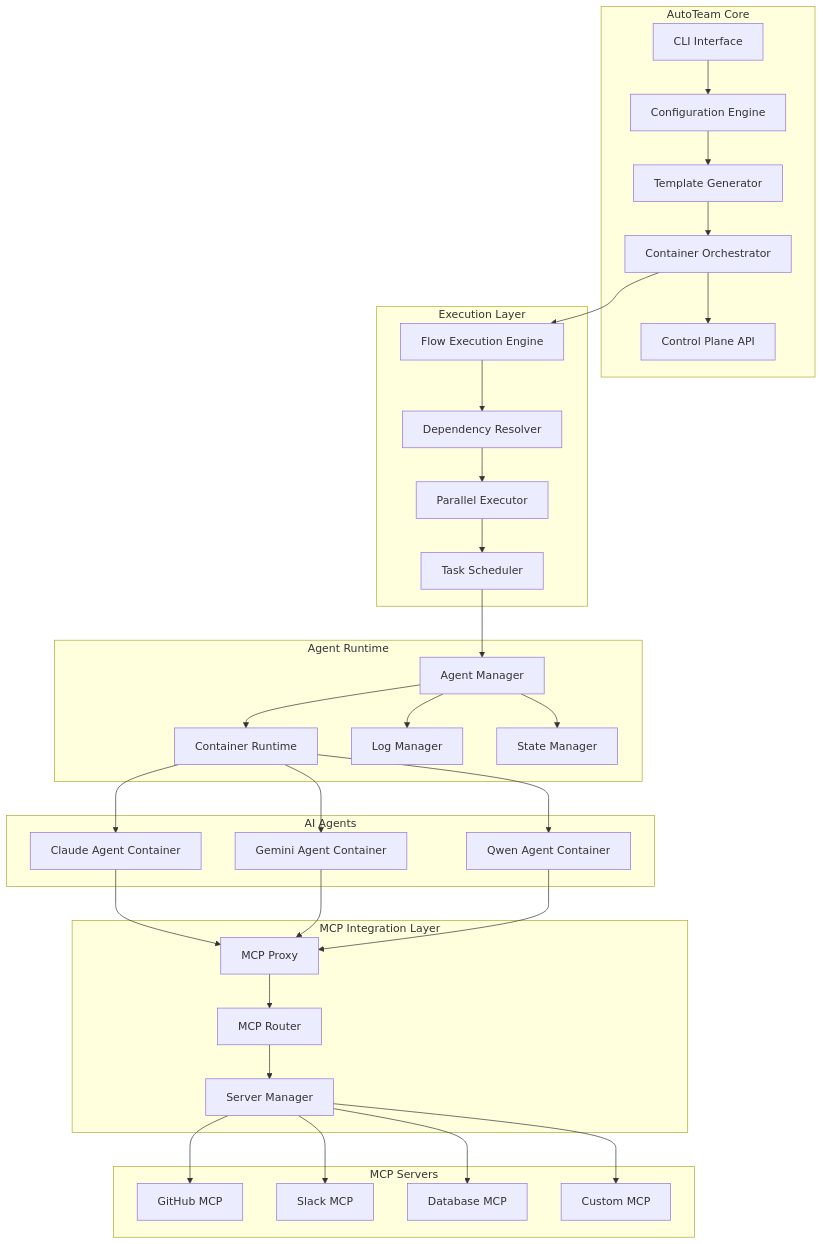
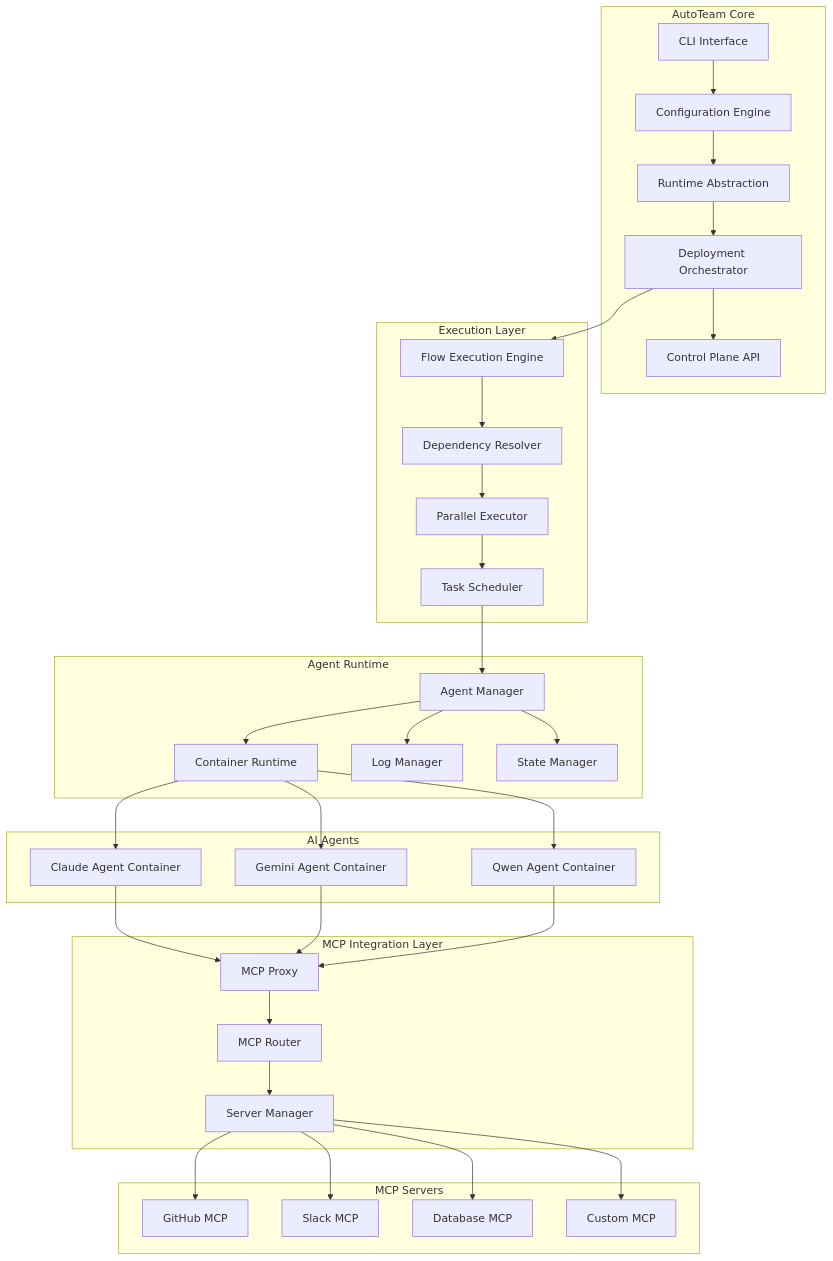
Before and after one commit to diazoxide/autoteam: the first of 4 diagrams in docs/architecture.md, drawn with Mermaid. The commit also changed other lines of this file and 3 other files, not shown here.

First line of the commit message:
docs: Update documentation for runtime abstraction architecture

````diff
--- a/docs/architecture.md
+++ b/docs/architecture.md
@@ -9,73 +9,73 @@
 ```mermaid
 graph TB
     subgraph "AutoTeam Core"
         CLI[CLI Interface]
         Config[Configuration Engine]
-        Generator[Template Generator]
-        Orchestrator[Container Orchestrator]
+        Runtime[Runtime Abstraction]
+        Orchestrator[Deployment Orchestrator]
         ControlPlane[Control Plane API]
     end
     
     subgraph "Execution Layer"
         FlowEngine[Flow Execution Engine]
         DependencyResolver[Dependency Resolver]
         ParallelExecutor[Parallel Executor]
         TaskScheduler[Task Scheduler]
     end
     
     subgraph "Agent Runtime"
         AgentManager[Agent Manager]
         ContainerRuntime[Container Runtime]
         LogManager[Log Manager]
         StateManager[State Manager]
     end
     
     subgraph "AI Agents"
         ClaudeContainer[Claude Agent Container]
         GeminiContainer[Gemini Agent Container]
         QwenContainer[Qwen Agent Container]
     end
     
     subgraph "MCP Integration Layer"
         MCPProxy[MCP Proxy]
         MCPRouter[MCP Router]
         ServerManager[Server Manager]
     end
     
     subgraph "MCP Servers"
         GitHubMCP[GitHub MCP]
         SlackMCP[Slack MCP]
         DatabaseMCP[Database MCP]
         CustomMCP[Custom MCP]
     end
     
     CLI --> Config
-    Config --> Generator
-    Generator --> Orchestrator
+    Config --> Runtime
+    Runtime --> Orchestrator
     Orchestrator --> FlowEngine
     Orchestrator --> ControlPlane
     
     FlowEngine --> DependencyResolver
     DependencyResolver --> ParallelExecutor
     ParallelExecutor --> TaskScheduler
     TaskScheduler --> AgentManager
     
     AgentManager --> ContainerRuntime
     ContainerRuntime --> ClaudeContainer
     ContainerRuntime --> GeminiContainer  
     ContainerRuntime --> QwenContainer
     
     AgentManager --> LogManager
     AgentManager --> StateManager
     
     ClaudeContainer --> MCPProxy
     GeminiContainer --> MCPProxy
     QwenContainer --> MCPProxy
     
     MCPProxy --> MCPRouter
     MCPRouter --> ServerManager
     ServerManager --> GitHubMCP
     ServerManager --> SlackMCP
     ServerManager --> DatabaseMCP
     ServerManager --> CustomMCP
 ```
````
